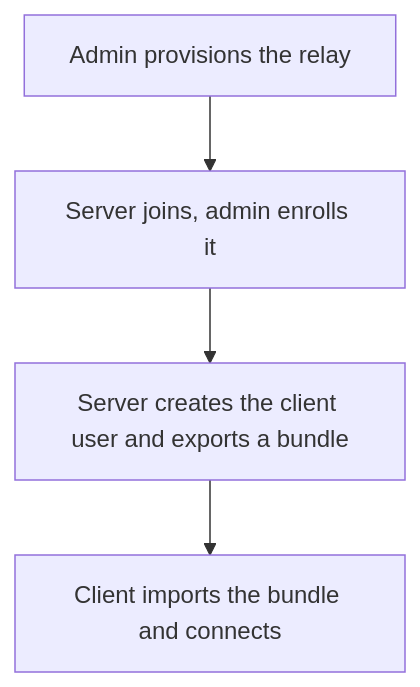
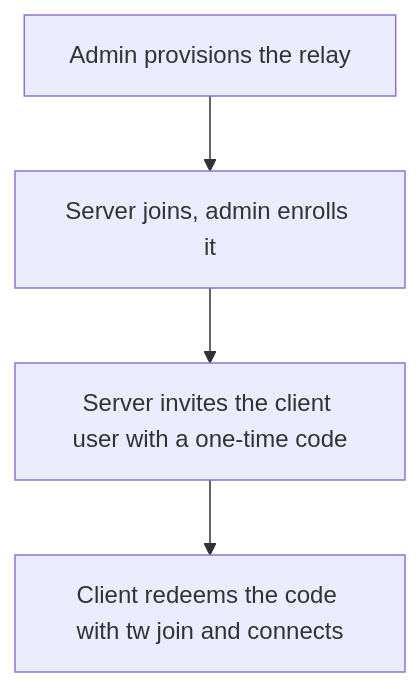
Before and after one commit to Tunnel-Whisperer/Tunnel-Whisperer: the diagram in README.md, drawn with Mermaid. The commit also changed other lines of this file and 9 other files, not shown here.

First line of the commit message:
docs: fix README stale enrollment flow and close audit gaps

````diff
--- a/README.md
+++ b/README.md
@@ -94,8 +94,8 @@
 ```mermaid
 flowchart TD
     S1["Admin provisions the relay"]
     S2["Server joins, admin enrolls it"]
-    S3["Server creates the client user and exports a bundle"]
-    S4["Client imports the bundle and connects"]
+    S3["Server invites the client user with a one-time code"]
+    S4["Client redeems the code with tw join and connects"]
     S1 --> S2 --> S3 --> S4
 ```
````
